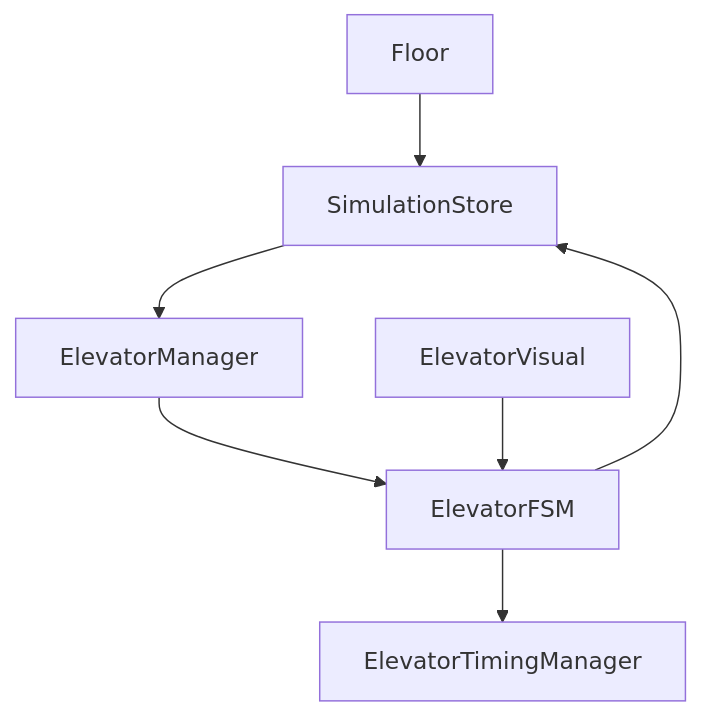
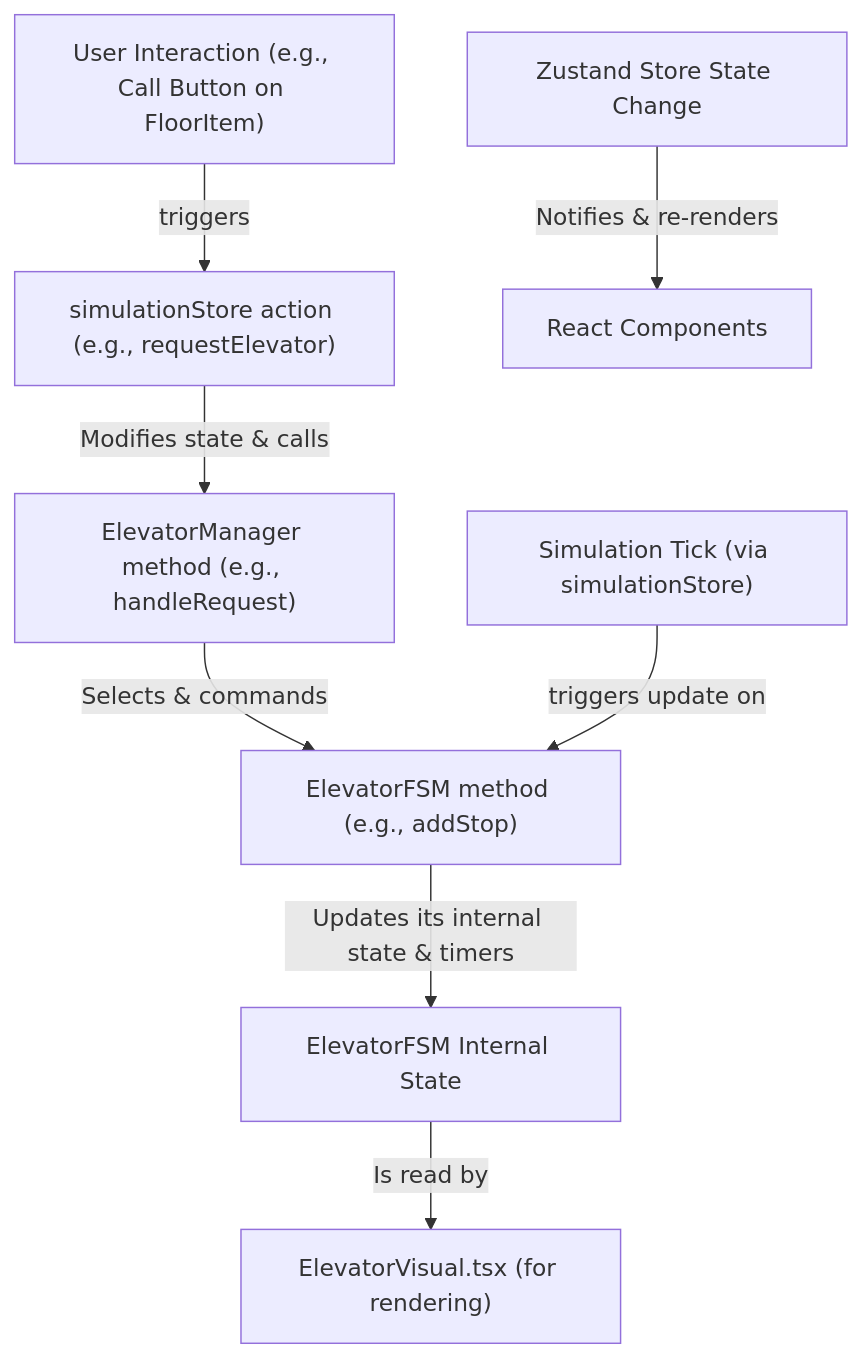
One commit to shammaihamilton/elevator-simulator changed the fifth of 6 diagrams in README.md. Above: the diagram before and after it, drawn with Mermaid. The commit also changed other lines of this file, not shown here.

````diff
--- a/README.md
+++ b/README.md
@@ -81,9 +163,10 @@
 ```mermaid
 graph TD
-  Floor --> Store["SimulationStore"]
-  Store --> Manager["ElevatorManager"]
-  Manager --> FSM["ElevatorFSM"]
-  FSM --> Timing["ElevatorTimingManager"]
-  ElevatorVisual --> FSM
-  FSM --> Store
+    UIAction["User Interaction (e.g., Call Button on FloorItem)"] --triggers--> StoreAction["simulationStore action (e.g., requestElevator)"]
+    StoreAction --Modifies state & calls--> Manager["ElevatorManager method (e.g., handleRequest)"]
+    Manager --Selects & commands--> FSM["ElevatorFSM method (e.g., addStop)"]
+    FSM --Updates its internal state & timers--> FSMState["ElevatorFSM Internal State"]
+    SimulationTick["Simulation Tick (via simulationStore)"] --triggers update on--> FSM
+    FSMState --Is read by--> ElevatorVisual["ElevatorVisual.tsx (for rendering)"]
+    StoreStateChange["Zustand Store State Change"] --Notifies & re-renders--> ReactComponents["React Components"]
 ```
````
